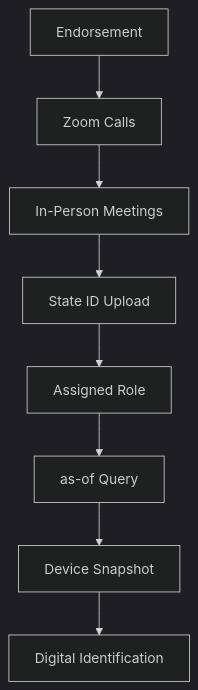
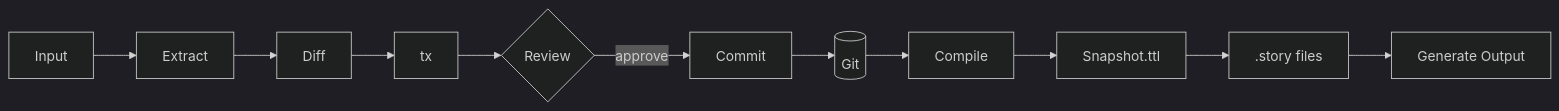
Before and after one commit to Synthetic-Identity-Co/conj-talk-2025: the third of 5 diagrams in presenter.md, drawn with Mermaid (dark theme). The commit also changed other lines of this file, not shown here.

Commit message:
story:  b8d1673e3891bdc7620c78b3478d8afa726cba51

````diff
--- a/presenter.md
+++ b/presenter.md
@@ -120,10 +165,13 @@
 ```mermaid
-graph TD
-    A[Endorsement] --> B[Zoom Calls]
-    B --> C[In-Person Meetings]
-    C --> D[State ID Upload]
-    D --> E[Assigned Role]
-    E --> F[as-of Query]
-    F --> G[Device Snapshot]
-    G --> H[Digital Identification]
+graph LR
+    Input[Input] --> Extract
+    Extract --> Diff
+    Diff --> TX[tx]
+    TX --> Review{Review}
+    Review -->|approve| Commit
+    Commit --> Git[(Git)]
+    Git --> Compile
+    Compile --> Snapshot[Snapshot.ttl]
+    Snapshot --> Story[.story files]
+    Story --> Generate[Generate Output]
 ```
````
